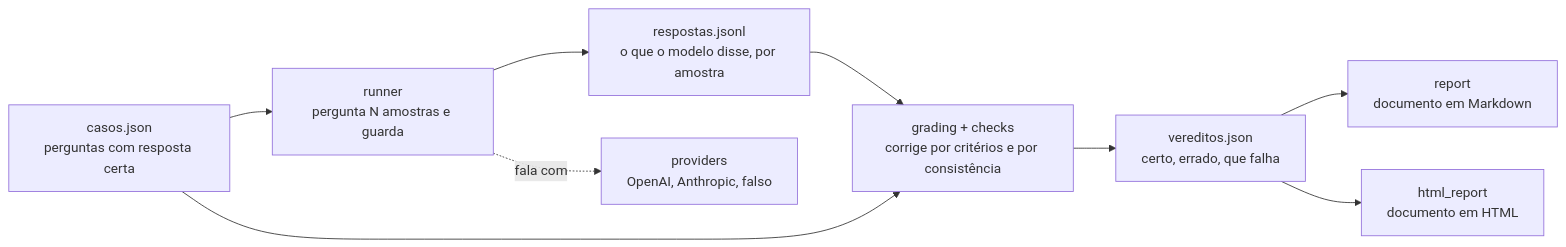
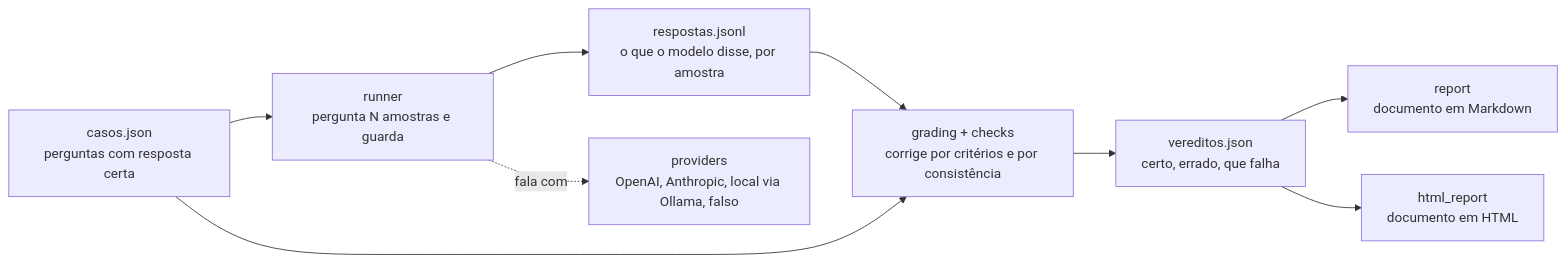
The diagram in docs/ARQUITETURA.md (fabiomalves84-sketch/aferidor), drawn with Mermaid before and after one commit. The commit also changed 8 other files, not shown here.

````diff
--- a/docs/ARQUITETURA.md
+++ b/docs/ARQUITETURA.md
@@ -6,11 +6,11 @@
 ```mermaid
 flowchart LR
     A[casos.json<br/>perguntas com resposta certa] --> B[runner<br/>pergunta N amostras e guarda]
     B --> C[respostas.jsonl<br/>o que o modelo disse, por amostra]
     C --> D[grading + checks<br/>corrige por critérios e por consistência]
     A --> D
     D --> E[vereditos.json<br/>certo, errado, que falha]
     E --> F[report<br/>documento em Markdown]
     E --> G[html_report<br/>documento em HTML]
-    B -.fala com.-> P[providers<br/>OpenAI, Anthropic, falso]
+    B -.fala com.-> P[providers<br/>OpenAI, Anthropic, local via Ollama, falso]
 ```
````
